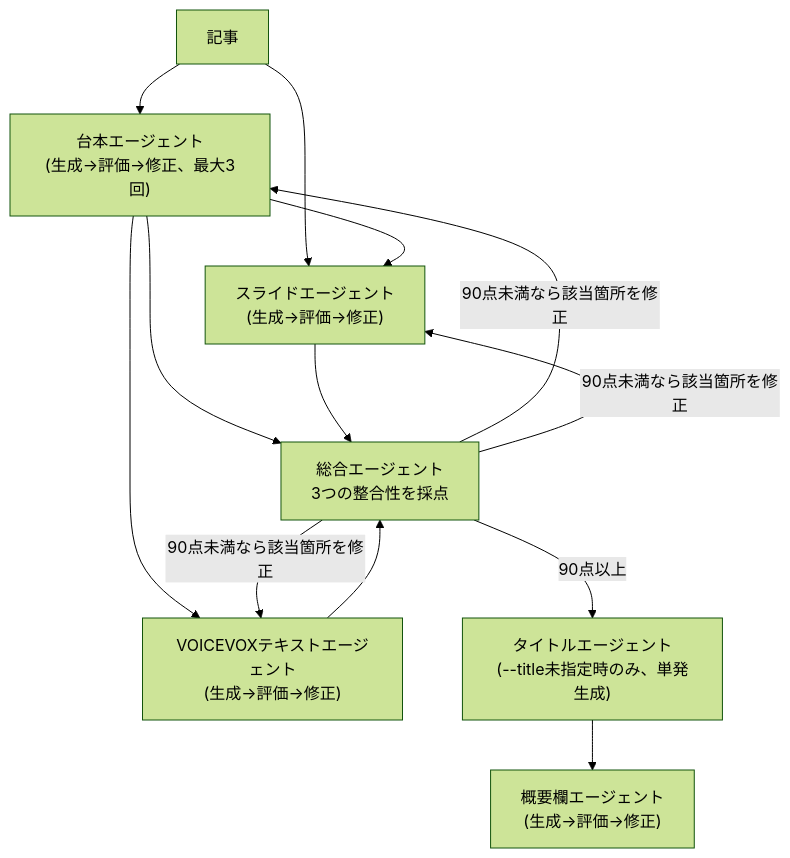
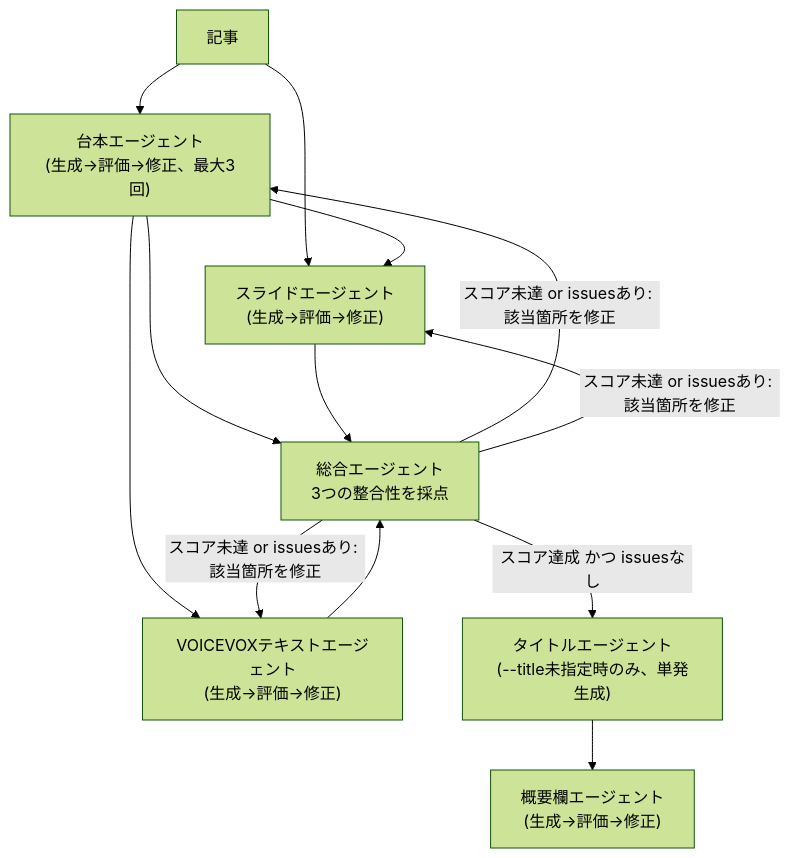
Before and after one commit to Ken-kichi/video-pipeline: the second of 3 diagrams in README.md, drawn with Mermaid (forest theme). The commit also changed other lines of this file, not shown here.

````diff
--- a/README.md
+++ b/README.md
@@ -95,15 +95,15 @@
 ```mermaid
 flowchart TD
     Article["記事"] --> Script["台本エージェント<br/>(生成→評価→修正、最大3回)"]
     Article --> Slides
     Script --> Slides["スライドエージェント<br/>(生成→評価→修正)"]
     Script --> Voicevox["VOICEVOXテキストエージェント<br/>(生成→評価→修正)"]
     Script --> Integration
     Slides --> Integration["総合エージェント<br/>3つの整合性を採点"]
     Voicevox --> Integration
-    Integration -->|90点未満なら該当箇所を修正| Script
-    Integration -->|90点未満なら該当箇所を修正| Slides
-    Integration -->|90点未満なら該当箇所を修正| Voicevox
-    Integration -->|90点以上| Title["タイトルエージェント<br/>(--title未指定時のみ、単発生成)"]
+    Integration -->|スコア未達 or issuesあり: 該当箇所を修正| Script
+    Integration -->|スコア未達 or issuesあり: 該当箇所を修正| Slides
+    Integration -->|スコア未達 or issuesあり: 該当箇所を修正| Voicevox
+    Integration -->|スコア達成 かつ issuesなし| Title["タイトルエージェント<br/>(--title未指定時のみ、単発生成)"]
     Title --> Description["概要欄エージェント<br/>(生成→評価→修正)"]
 ```
````
